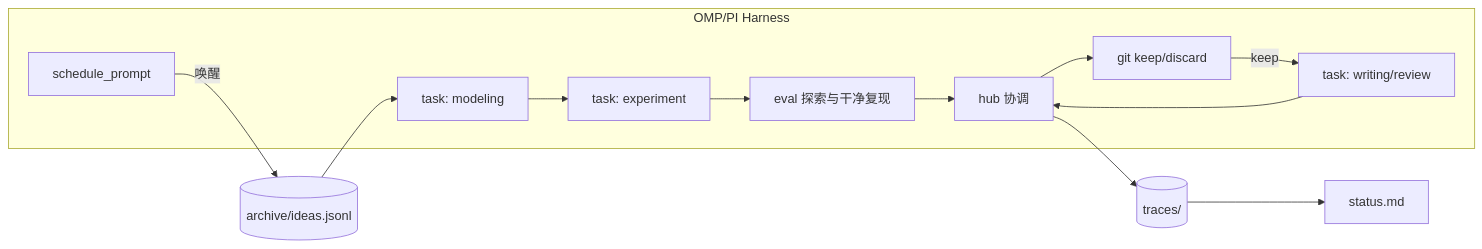
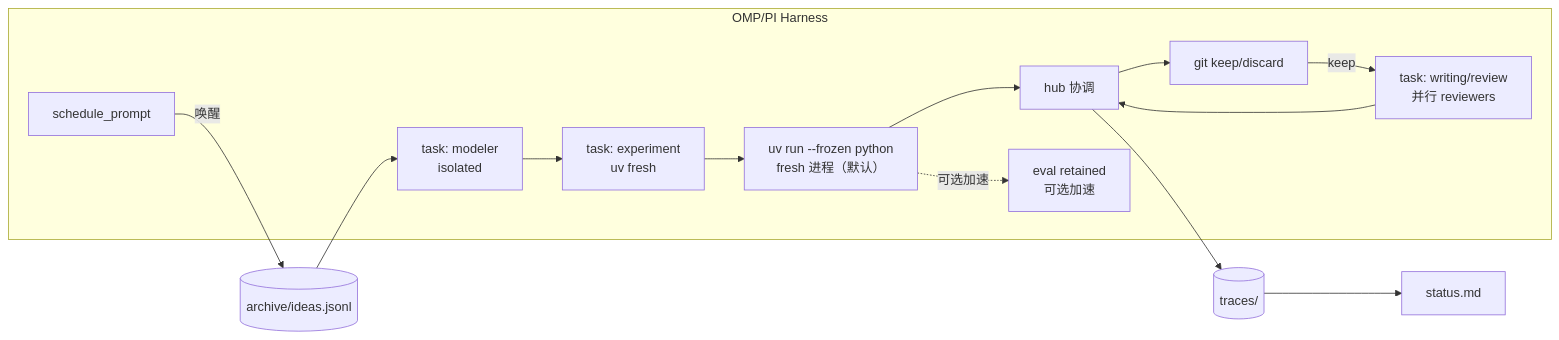
Before and after one commit to dbydd/research-flywheel: the second of 2 diagrams in template/00-spec.md, drawn with Mermaid. The commit also changed other lines of this file and 19 other files, not shown here.

````diff
--- a/template/00-spec.md
+++ b/template/00-spec.md
@@ -256,19 +275,21 @@
 ```mermaid
 flowchart LR
     subgraph Harness [OMP/PI Harness]
         Sched[schedule_prompt]
         Hub[hub 协调]
-        Eval[eval 探索与干净复现]
-        TaskA[task: modeling]
-        TaskB[task: experiment]
-        TaskC[task: writing/review]
+        UV[uv run --frozen python<br/>fresh 进程（默认）]
+        EvalOpt[eval retained<br/>可选加速]
+        TaskA[task: modeler<br/>isolated]
+        TaskB[task: experiment<br/>uv fresh]
+        TaskC[task: writing/review<br/>并行 reviewers]
         Git[git keep/discard]
     end
     IdeaPool[(archive/ideas.jsonl)]
     Sched -->|唤醒| IdeaPool
-    IdeaPool --> TaskA --> TaskB --> Eval
-    Eval --> Hub --> Git
+    IdeaPool --> TaskA --> TaskB --> UV
+    UV -.可选加速.-> EvalOpt
+    UV --> Hub --> Git
     Git -->|keep| TaskC --> Hub
     Hub --> Trace[(traces/)]
     Trace --> Status[status.md]
 ```
````
